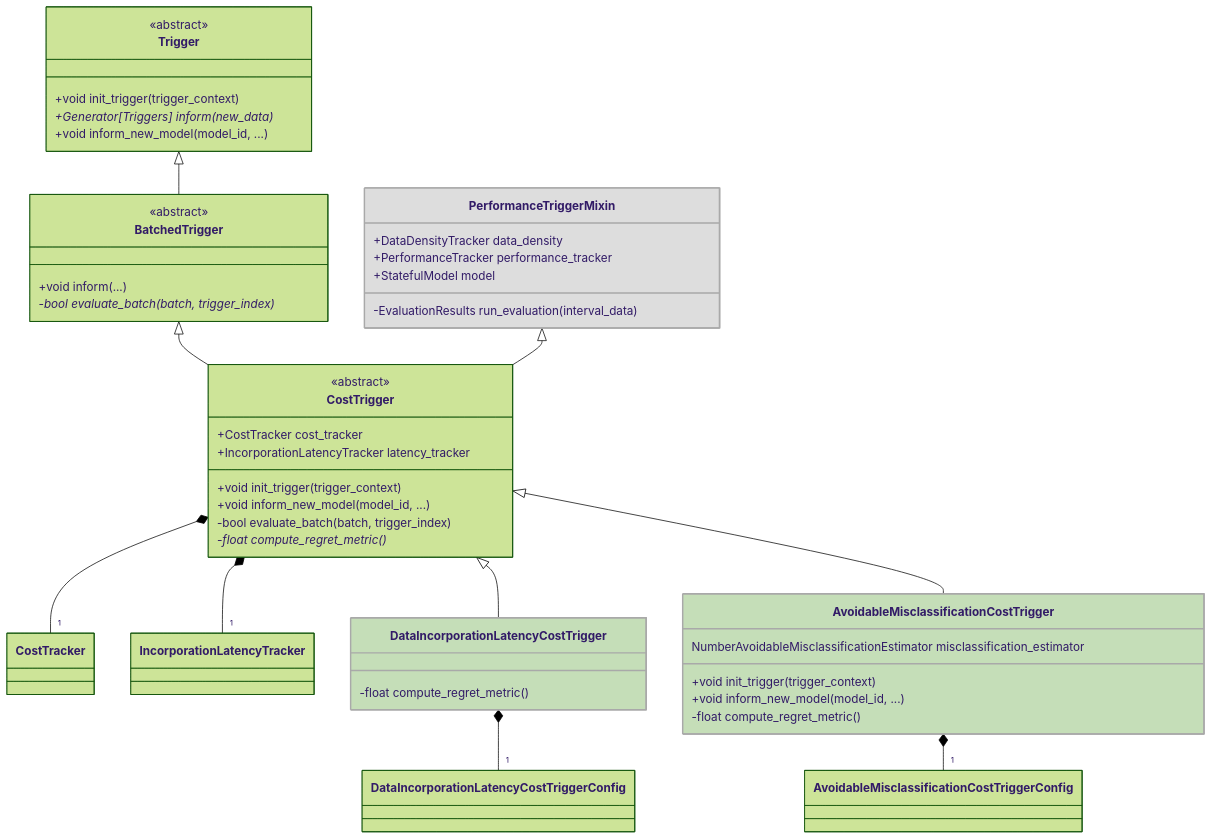
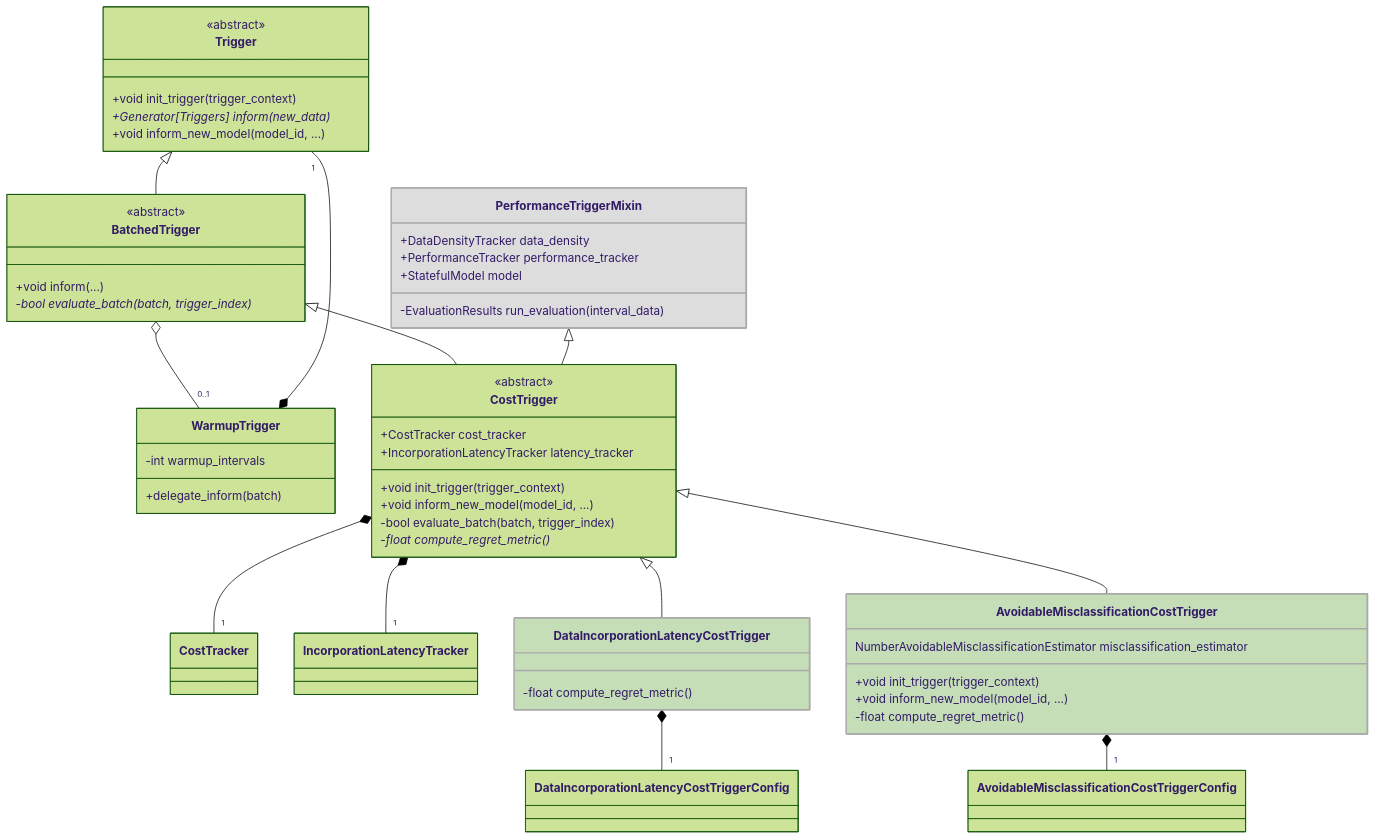
Before and after one commit to eth-easl/modyn: the first of 4 diagrams in docs/pipeline/triggers/COST_TRIGGER.md, drawn with Mermaid (forest theme). The commit also changed 2 other files, not shown here.

Commit message:
Adjustments

````diff
--- a/docs/pipeline/triggers/COST_TRIGGER.md
+++ b/docs/pipeline/triggers/COST_TRIGGER.md
@@ -23,73 +23,82 @@
 ```mermaid
 classDiagram
     class Trigger {
         <<abstract>>
         +void init_trigger(trigger_context)
         +Generator[Triggers] inform(new_data)*
         +void inform_new_model(model_id, ...)
     }
 
     class BatchedTrigger {
         <<abstract>>
         +void inform(...)
         -bool evaluate_batch(batch, trigger_index)*
+    }
+
+    class WarmupTrigger {
+        -int warmup_intervals
+        +delegate_inform(batch)
     }
 
     class PerformanceTriggerMixin {
         +DataDensityTracker data_density
         +PerformanceTracker performance_tracker
         +StatefulModel model
 
         -EvaluationResults run_evaluation(interval_data)
     }
 
     class CostTrigger {
         <<abstract>>
         +CostTracker cost_tracker
         +IncorporationLatencyTracker latency_tracker
 
         +void init_trigger(trigger_context)
         +void inform_new_model(model_id, ...)
 
         -bool evaluate_batch(batch, trigger_index)
         -float compute_regret_metric()*
 
     }
 
     class CostTracker {
     }
 
     class IncorporationLatencyTracker {
     }
 
     class DataIncorporationLatencyCostTrigger {
         -float compute_regret_metric()
     }
 
     class AvoidableMisclassificationCostTrigger {
         NumberAvoidableMisclassificationEstimator misclassification_estimator
 
         +void init_trigger(trigger_context)
         +void inform_new_model(model_id, ...)
 
         -float compute_regret_metric()
     }
 
 
     Trigger <|-- BatchedTrigger
     BatchedTrigger <|-- CostTrigger
+
+    BatchedTrigger o-- "0..1" WarmupTrigger
+    Trigger "1" --* WarmupTrigger
+
     PerformanceTriggerMixin <|-- CostTrigger
 
     CostTrigger *-- "1" CostTracker
     CostTrigger *-- "1" IncorporationLatencyTracker
     CostTrigger <|-- DataIncorporationLatencyCostTrigger
     CostTrigger <|-- AvoidableMisclassificationCostTrigger
 
     DataIncorporationLatencyCostTrigger *-- "1" DataIncorporationLatencyCostTriggerConfig
     AvoidableMisclassificationCostTrigger *-- "1" AvoidableMisclassificationCostTriggerConfig
 
     style PerformanceTriggerMixin fill:#DDDDDD,stroke:#A9A9A9,stroke-width:2px
 
     style DataIncorporationLatencyCostTrigger fill:#C5DEB8,stroke:#A9A9A9,stroke-width:2px
     style AvoidableMisclassificationCostTrigger fill:#C5DEB8,stroke:#A9A9A9,stroke-width:2px
 ```
````
